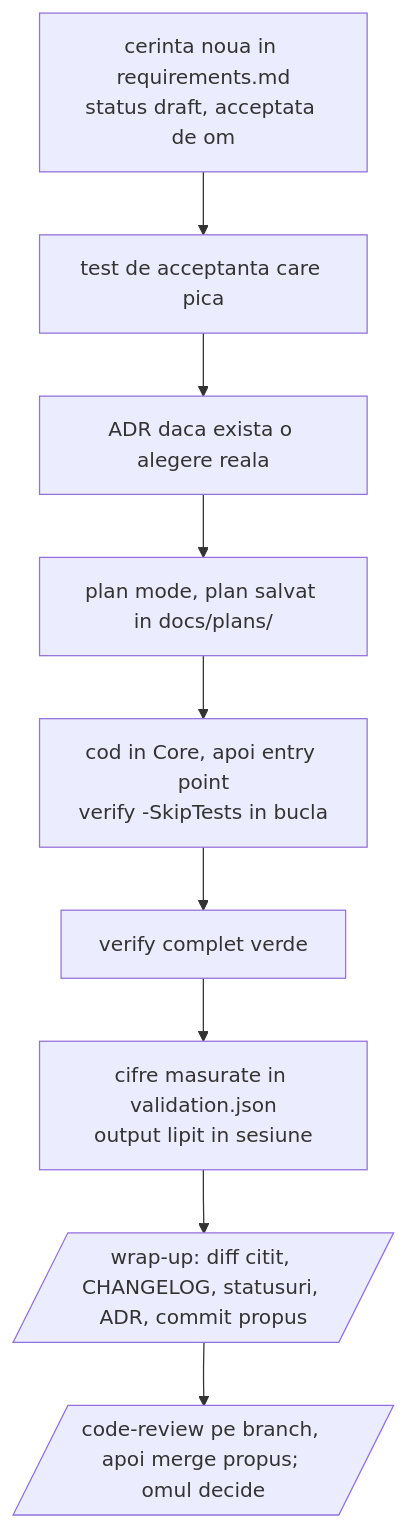
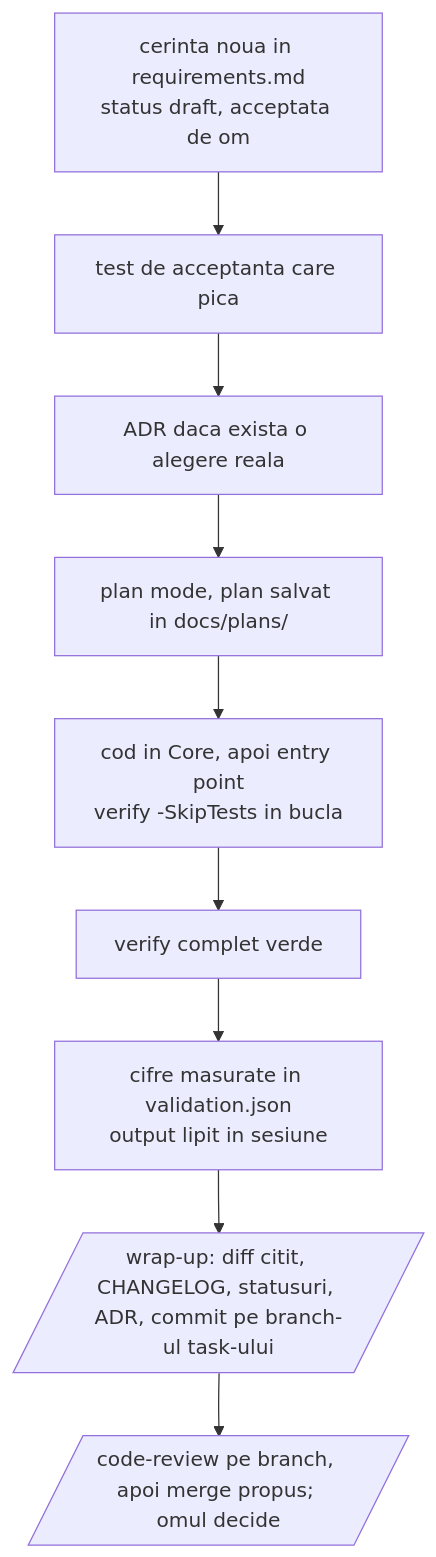
Before and after one commit to tcarean/AstroDarkroom: the second of 2 diagrams in ClaudeCodeStarterKit/GHID.md, drawn with Mermaid. The commit also changed other lines of this file and 12 other files, not shown here.

````diff
--- a/ClaudeCodeStarterKit/GHID.md
+++ b/ClaudeCodeStarterKit/GHID.md
@@ -217,11 +217,11 @@
 ```mermaid
 flowchart TD
   A[cerinta noua in requirements.md<br/>status draft, acceptata de om] --> B[test de acceptanta care pica]
   B --> C[ADR daca exista o alegere reala]
   C --> D[plan mode, plan salvat in docs/plans/]
   D --> E[cod in Core, apoi entry point<br/>verify -SkipTests in bucla]
   E --> F[verify complet verde]
   F --> G[cifre masurate in validation.json<br/>output lipit in sesiune]
-  G --> H[/wrap-up: diff citit, CHANGELOG, statusuri, ADR, commit propus/]
+  G --> H[/wrap-up: diff citit, CHANGELOG, statusuri, ADR, commit pe branch-ul task-ului/]
   H --> I[/code-review pe branch, apoi merge propus; omul decide/]
 ```
````
